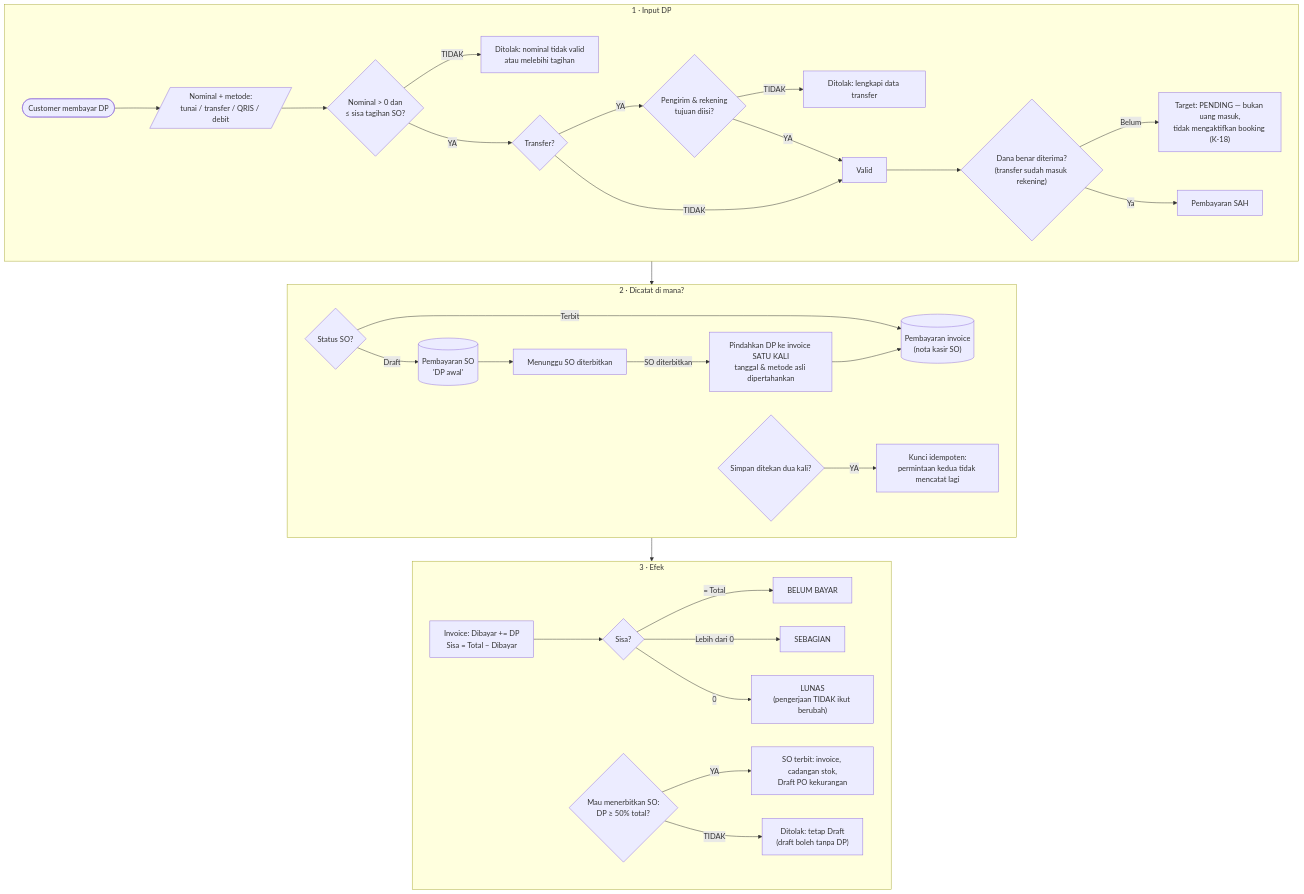
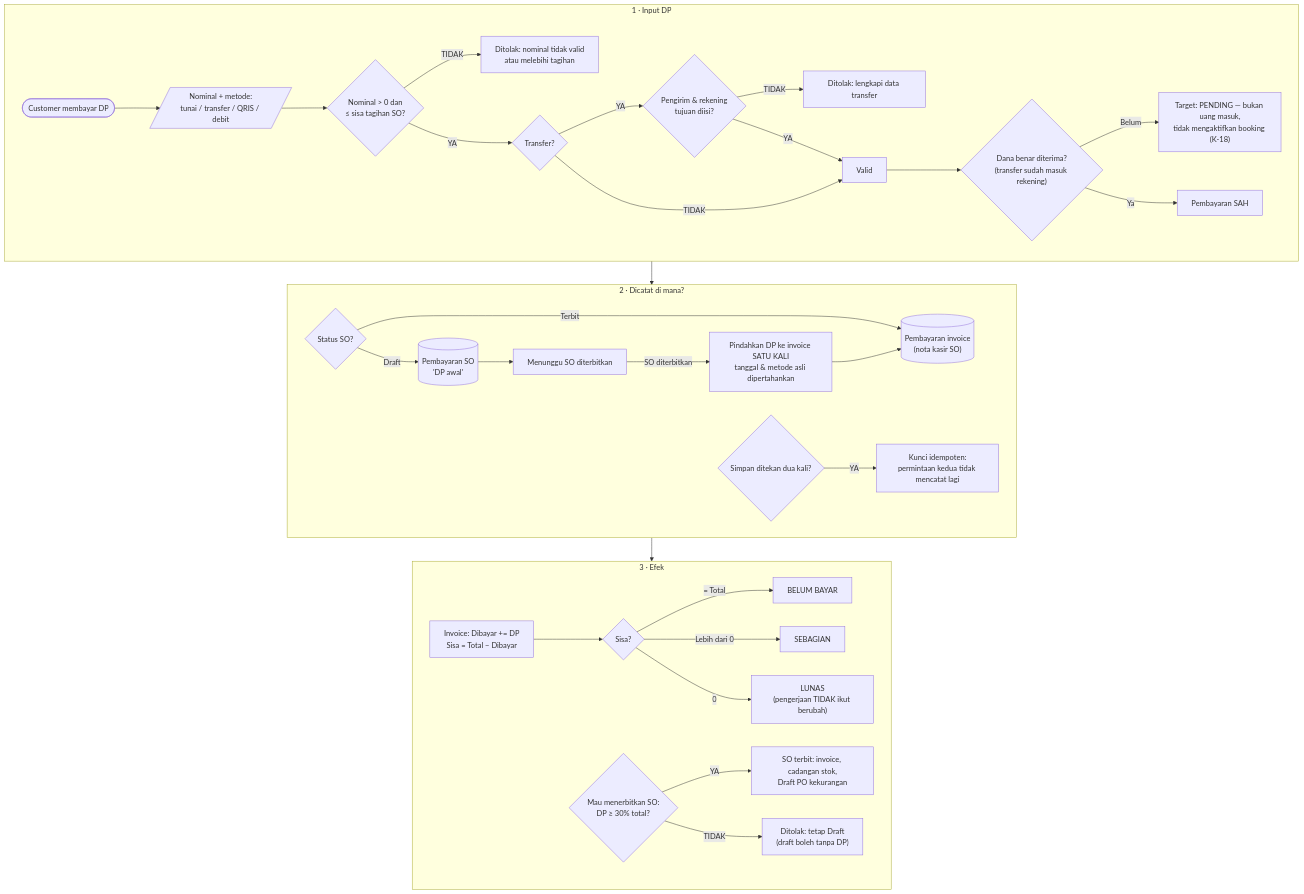
One commit to XHYPEX/Projects changed the diagram in WebScrapePlastik/docs/flowchart/diagrams/10-pembayaran-dp-sales-order.mmd. Above: the diagram before and after it, drawn with Mermaid. The commit also changed 34 other files, not shown here.

```diff
--- a/WebScrapePlastik/docs/flowchart/diagrams/10-pembayaran-dp-sales-order.mmd
+++ b/WebScrapePlastik/docs/flowchart/diagrams/10-pembayaran-dp-sales-order.mmd
@@ -1,45 +1,45 @@
 %% Gambar: 10
 %% Judul: Pembayaran DP Sales Order
 %% Modul: Sales Order — Pembayaran
 %% Tujuan: Mencatat uang muka customer satu kali saja dan membawanya ke invoice kasir sebagai pembayaran sebelumnya.
 %% Dimulai dari: Customer membayar DP saat membuat SO atau sesudahnya.
 %% Proses Utama: Input nominal & metode → validasi → catat → (SO terbit) pindahkan ke invoice → sisa tagihan dihitung di invoice.
 %% Hasil: Contoh: SO Rp3.000.000, DP Rp1.000.000 → invoice mencatat Dibayar Rp1.000.000, Sisa Rp2.000.000, status Sebagian.
 %% Warning: Nominal DP yang baru diketik / transfer yang belum masuk bukan uang masuk. DP tidak boleh tercatat dua kali sebagai uang masuk (di SO dan di invoice). DP melebihi total SO ditolak. Transfer wajib nama pengirim dan rekening tujuan.
 %% Modul Terkait: Sales Order, Cashier/Invoice, Riwayat Invoice, Dashboard (penjualan bulan ini dihitung dari pembayaran).
 %% Catatan Programmer: SO draft → preorder_payments. SO terbit → _po_move_payments_to_invoice menulis receipt_payments (tanggal & metode asli) + preorder_payment_allocations sekali saja. Pembayaran berikutnya lewat POST /preorders/{id}/payments langsung ke invoice. Header Idempotency-Key mencegah simpan ganda.
-%% Status Implementasi: Sudah ada: DP awal, pindah otomatis ke invoice tanpa dobel, pembayaran lanjutan masuk invoice, metode tunai/transfer/QRIS/debit. K-03 SUDAH: SO hanya bisa terbit bila DP tercatat ≥ 50% total, tanpa pengecualian (dicek saat terbit saja; perubahan SO sesudah terbit tidak dicek ulang). BELUM: status pembayaran PENDING — saat ini setiap pembayaran yang disimpan langsung dihitung uang masuk, tanpa konfirmasi dana diterima (K-18).
+%% Status Implementasi: Sudah ada: DP awal, pindah otomatis ke invoice tanpa dobel, pembayaran lanjutan masuk invoice, metode tunai/transfer/QRIS/debit. K-03 SUDAH: SO hanya bisa terbit bila DP tercatat ≥ 30% total, tanpa pengecualian (dicek saat terbit saja; perubahan SO sesudah terbit tidak dicek ulang). BELUM: status pembayaran PENDING — saat ini setiap pembayaran yang disimpan langsung dihitung uang masuk, tanpa konfirmasi dana diterima (K-18).
 flowchart TB
   subgraph T1["1 · Input DP"]
     direction LR
     A(["Customer membayar DP"]):::aksi --> B[/"Nominal + metode:<br/>tunai / transfer / QRIS / debit"/]:::aksi --> C{"Nominal > 0 dan<br/>≤ sisa tagihan SO?"}:::cek
     C -->|TIDAK| E1["Ditolak: nominal tidak valid<br/>atau melebihi tagihan"]:::err
     C -->|YA| D{"Transfer?"}:::cek
     D -->|YA| D2{"Pengirim & rekening<br/>tujuan diisi?"}:::cek
     D2 -->|TIDAK| E2["Ditolak: lengkapi data transfer"]:::err
     D2 -->|YA| OK["Valid"]:::ok
     D -->|TIDAK| OK
     OK --> CF{"Dana benar diterima?<br/>(transfer sudah masuk rekening)"}:::cek
     CF -->|"Belum"| PD["Target: PENDING — bukan uang masuk,<br/>tidak mengaktifkan booking (K-18)"]:::off
     CF -->|"Ya"| OK2["Pembayaran SAH"]:::ok
   end
   subgraph T2["2 · Dicatat di mana?"]
     direction LR
     S{"Status SO?"}:::cek
     S -->|Draft| P1[("Pembayaran SO<br/>'DP awal'")]:::data --> P2["Menunggu SO diterbitkan"]:::tunggu
     S -->|Terbit| P3[("Pembayaran invoice<br/>(nota kasir SO)")]:::data
     P2 -->|"SO diterbitkan"| MV["Pindahkan DP ke invoice SATU KALI<br/>tanggal & metode asli dipertahankan"]:::so --> P3
     DBL{"Simpan ditekan dua kali?"}:::cek
     DBL -->|YA| IG["Kunci idempoten:<br/>permintaan kedua tidak mencatat lagi"]:::ok
   end
   subgraph T3["3 · Efek"]
     direction LR
     R1["Invoice: Dibayar += DP<br/>Sisa = Total − Dibayar"]:::ok --> R2{"Sisa?"}:::cek
     R2 -->|"= Total"| B0["BELUM BAYAR"]:::err
     R2 -->|"Lebih dari 0"| B1["SEBAGIAN"]:::tunggu
     R2 -->|"0"| B2["LUNAS<br/>(pengerjaan TIDAK ikut berubah)"]:::ok
-    G{"Mau menerbitkan SO:<br/>DP ≥ 50% total?"}:::cek
+    G{"Mau menerbitkan SO:<br/>DP ≥ 30% total?"}:::cek
     G -->|YA| G1["SO terbit: invoice, cadangan stok,<br/>Draft PO kekurangan"]:::ok
     G -->|TIDAK| G2["Ditolak: tetap Draft<br/>(draft boleh tanpa DP)"]:::err
   end
   T1 --> T2 --> T3
```
